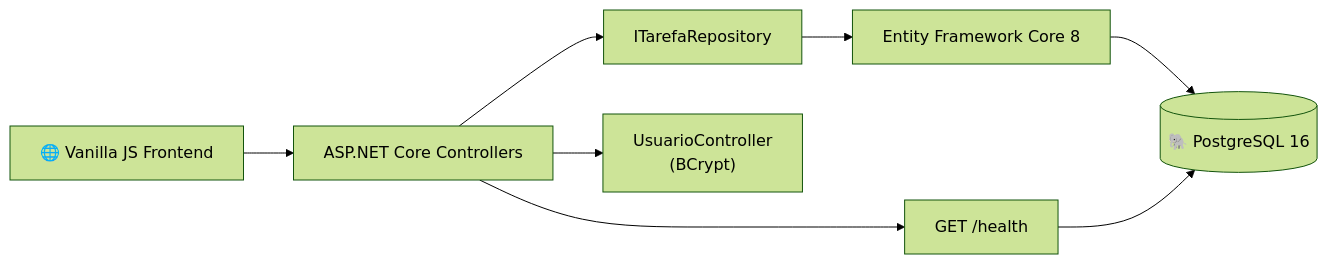
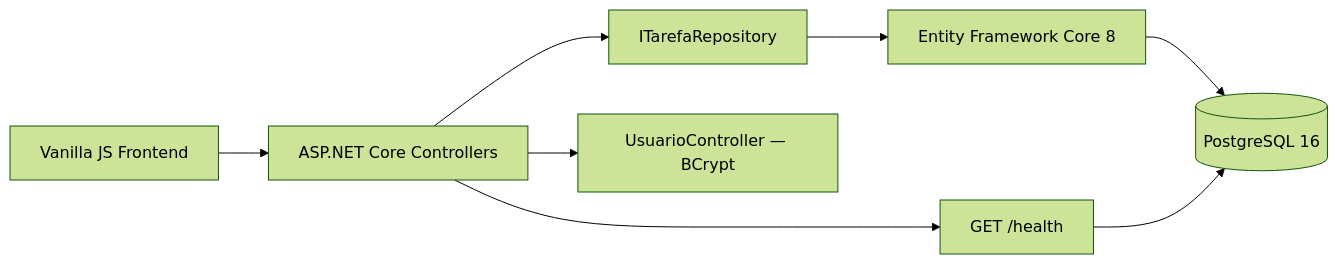
One commit to GPerencine/task-manager-fullstack changed the diagram in README.md. Above: the diagram before and after it, drawn with Mermaid (forest theme). The commit also changed other lines of this file, not shown here.

````diff
--- a/README.md
+++ b/README.md
@@ -66,10 +59,10 @@
 ```mermaid
 graph LR
-    FE["🌐 Vanilla JS Frontend"] --> API["ASP.NET Core Controllers"]
-    API --> Repo["ITarefaRepository"]
-    Repo --> EF["Entity Framework Core 8"]
-    EF --> DB[("🐘 PostgreSQL 16")]
-    API --> Auth["UsuarioController\n(BCrypt)"]
-    API --> Health["GET /health"]
-    Health --> DB
+  FE["Vanilla JS Frontend"] --> API["ASP.NET Core Controllers"]
+  API --> Repo["ITarefaRepository"]
+  Repo --> EF["Entity Framework Core 8"]
+  EF --> DB[("PostgreSQL 16")]
+  API --> Auth["UsuarioController — BCrypt"]
+  API --> Health["GET /health"]
+  Health --> DB
 ```
````
